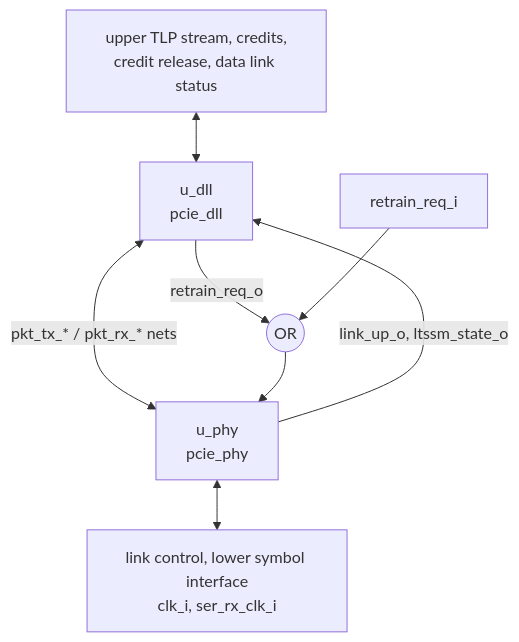
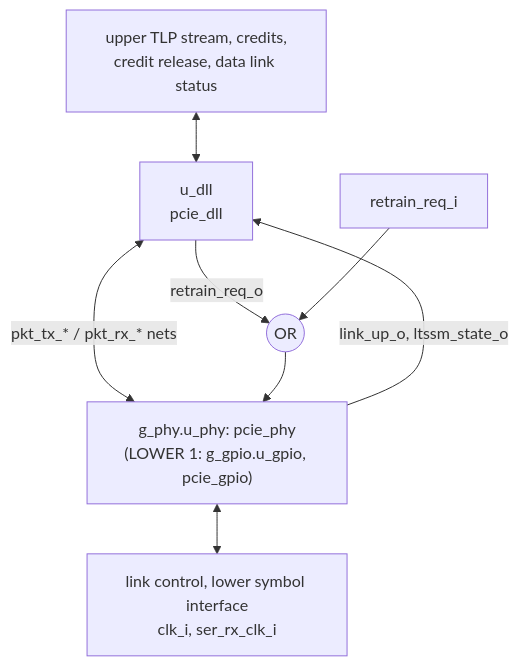
One commit to amichai-bd/pcie-factory changed the diagram in wiki/src/rtl/link/MAS.md. Above: the diagram before and after it, drawn with Mermaid. The commit also changed other lines of this file and 48 other files, not shown here.

First line of the commit message:
rtl: GPIO adapter RTL, link lower-layer parameter, unit and link e2e DV

````diff
--- a/wiki/src/rtl/link/MAS.md
+++ b/wiki/src/rtl/link/MAS.md
@@ -10,9 +11,9 @@
 ```mermaid
 flowchart TB
   up["upper TLP stream, credits,<br/>credit release, data link status"] <--> dll["u_dll<br/>pcie_dll"]
-  dll <-- "pkt_tx_* / pkt_rx_* nets" --> phy["u_phy<br/>pcie_phy"]
+  dll <-- "pkt_tx_* / pkt_rx_* nets" --> phy["g_phy.u_phy: pcie_phy<br/>(LOWER 1: g_gpio.u_gpio, pcie_gpio)"]
   phy -- "link_up_o, ltssm_state_o" --> dll
   dll -- "retrain_req_o" --> or(("OR"))
   rr["retrain_req_i"] --> or --> phy
   phy <--> low["link control, lower symbol interface<br/>clk_i, ser_rx_clk_i"]
 ```
````
